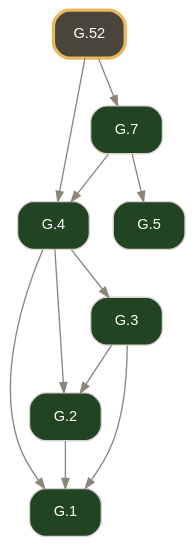
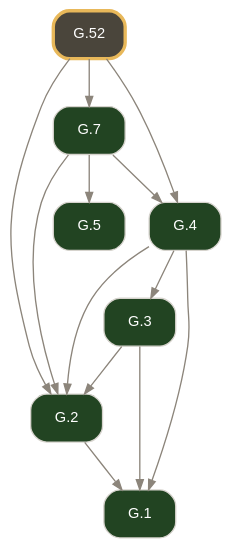
Before and after one commit to geometor/elements: the diagram in docsrc/elements2/G.52/index.rst, drawn with Graphviz. The commit also changed other lines of this file and 1276 other files, not shown here.

```diff
--- a/docsrc/elements2/G.52/index.rst
+++ b/docsrc/elements2/G.52/index.rst
@@ -34,25 +34,27 @@
 .. graphviz::
 
    digraph {
      bgcolor="transparent";
      node [shape=box, style="rounded,filled", fontname="Helvetica", fontsize=11, color="#d6d3cd", fontcolor="#ffffff"];
      edge [color="#8c857b", fontcolor="#8c857b", arrowsize=0.75];
      rankdir="TB";
      "G.1" [label="G.1", tooltip="G.1 (I.def.1): A point A is that which has no part.", fillcolor="#224422", URL="../G.1/index.html", target="_top"];
      "G.2" [label="G.2", tooltip="G.2 (I.def.2): A line [ A B ] is a projection of a relationship of two points A, B.", fillcolor="#224422", URL="../G.2/index.html", target="_top"];
      "G.3" [label="G.3", tooltip="G.3 (I.def.3): The extremities of a segment / A B / are points A, B.", fillcolor="#224422", URL="../G.3/index.html", target="_top"];
      "G.4" [label="G.4", tooltip="G.4 (I.def.4): A segment / A B / is a portion of a line [ A B ] between two points A, B on the line.", fillcolor="#224422", URL="../G.4/index.html", target="_top"];
      "G.5" [label="G.5", tooltip="G.5 (I.def.5): A surface is that which has length and breadth only.", fillcolor="#224422", URL="../G.5/index.html", target="_top"];
      "G.7" [label="G.7", tooltip="G.7 (I.def.7): A plane surface lies evenly with the lines on itself.", fillcolor="#224422", URL="../G.7/index.html", target="_top"];
      "G.52" [label="G.52", tooltip="G.52 (I.def.23): Parallel lines are lines in the same plane which, extended indefinitely in both directions, do not meet.", penwidth=2.5, color="#e8b85a", fillcolor="#4a453b", URL="index.html", target="_top"];
      "G.2" -> "G.1";
      "G.3" -> "G.1";
      "G.4" -> "G.1";
      "G.3" -> "G.2";
      "G.4" -> "G.2";
+     "G.7" -> "G.2";
+     "G.52" -> "G.2";
      "G.4" -> "G.3";
      "G.7" -> "G.4";
      "G.52" -> "G.4";
      "G.7" -> "G.5";
      "G.52" -> "G.7";
    }
```
